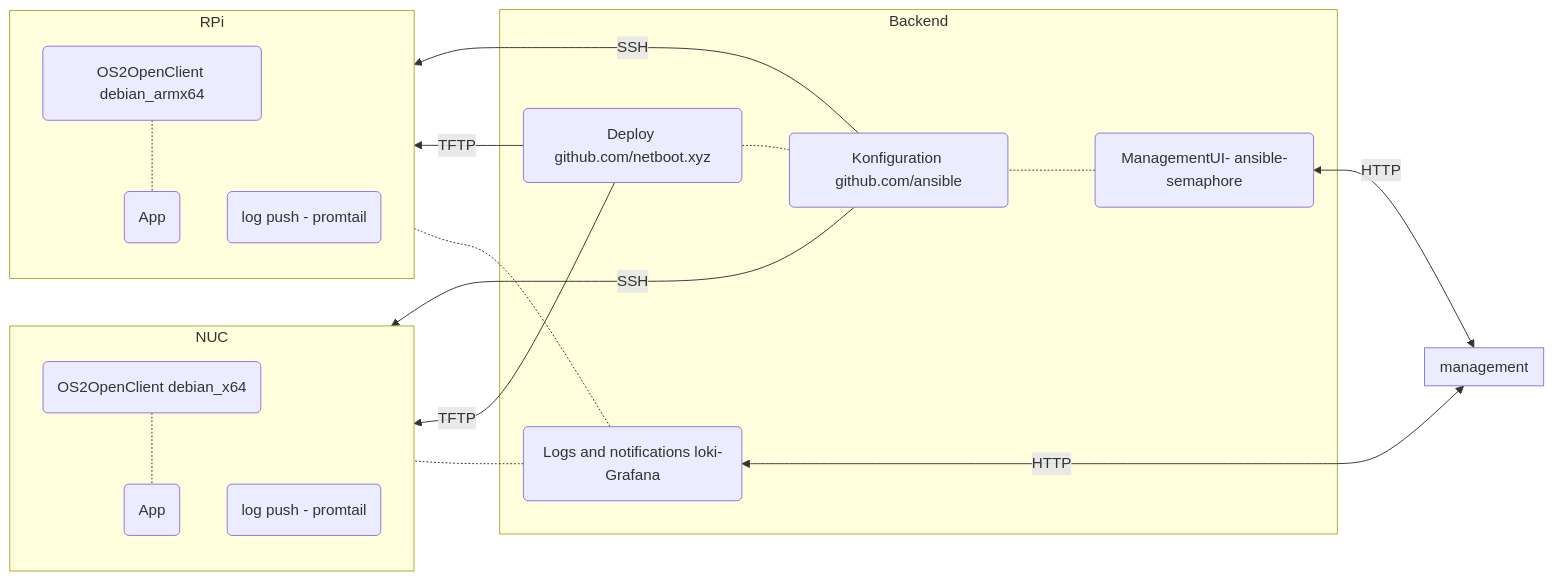
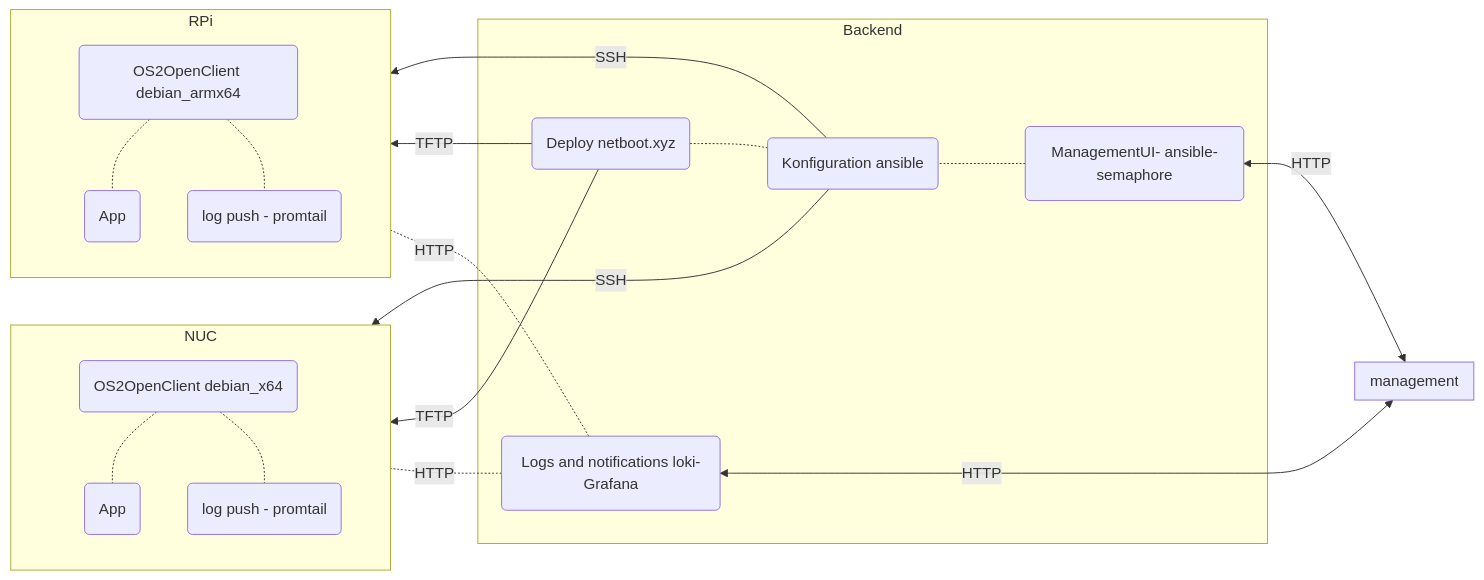
The diagram in README.md (OS2sandbox/sandbox-openclient), drawn with Mermaid before and after one commit.

````diff
--- a/README.md
+++ b/README.md
@@ -17,35 +17,33 @@
 ```mermaid
 
 graph RL
 
 subgraph management
 end
 
 subgraph NUC
 debarm(OS2OpenClient debian_x64)-.-
-app2(App)
-promtail1(log push - promtail)
+app2(App) & promtail1(log push - promtail)
 end
 
 
 subgraph RPi
 debx64(OS2OpenClient debian_armx64)-.-
-app1(App)
-promtail2(log push - promtail)
+app1(App) & promtail2(log push - promtail)
 end
 
 subgraph Backend
 logengine(Logs and notifications loki-Grafana);
-configman(Konfiguration github.com/ansible);
-netboot(Deploy github.com/netboot.xyz);
+configman(Konfiguration ansible);
+netboot(Deploy netboot.xyz);
 semaphore(ManagementUI- ansible-semaphore);
 end
 
 configman-.-netboot
 management<--HTTP-->semaphore & logengine
 configman--SSH-->RPi & NUC
 netboot--TFTP-->RPi & NUC
 semaphore-.-configman
-logengine-.-RPi & NUC
+logengine-.HTTP.-RPi & NUC
 
 ```
````
